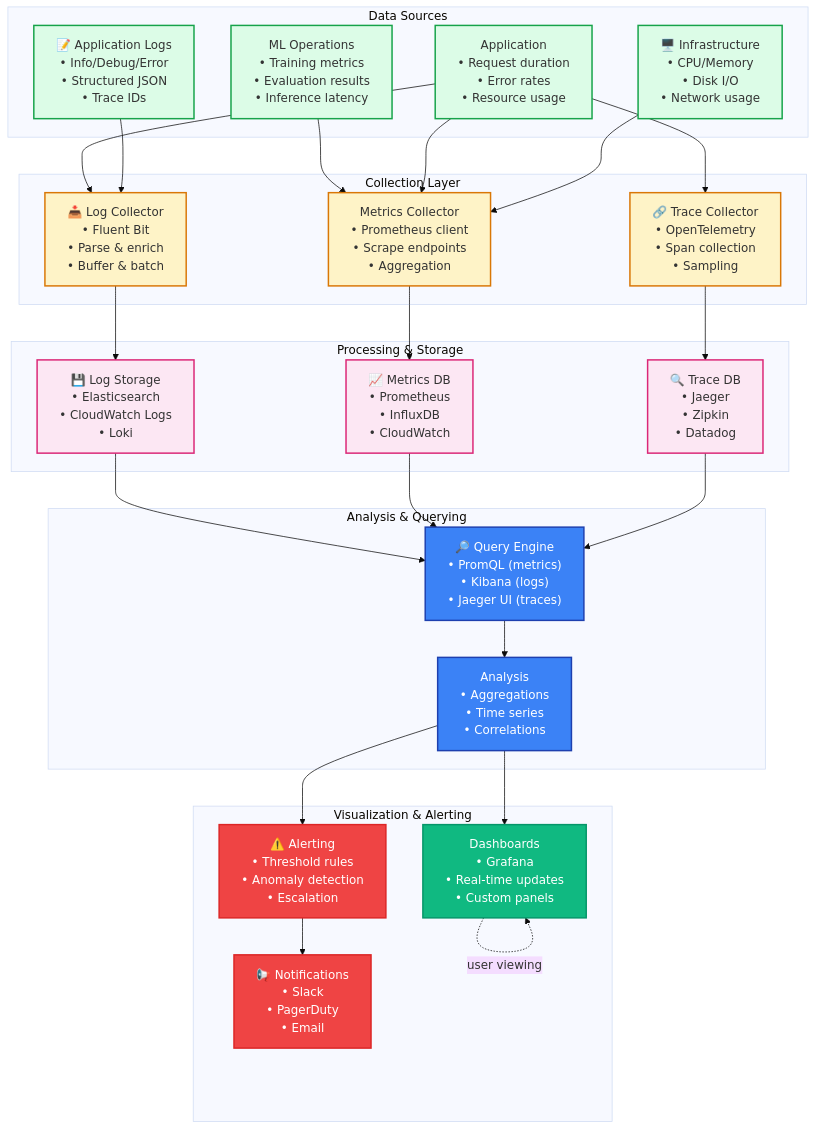
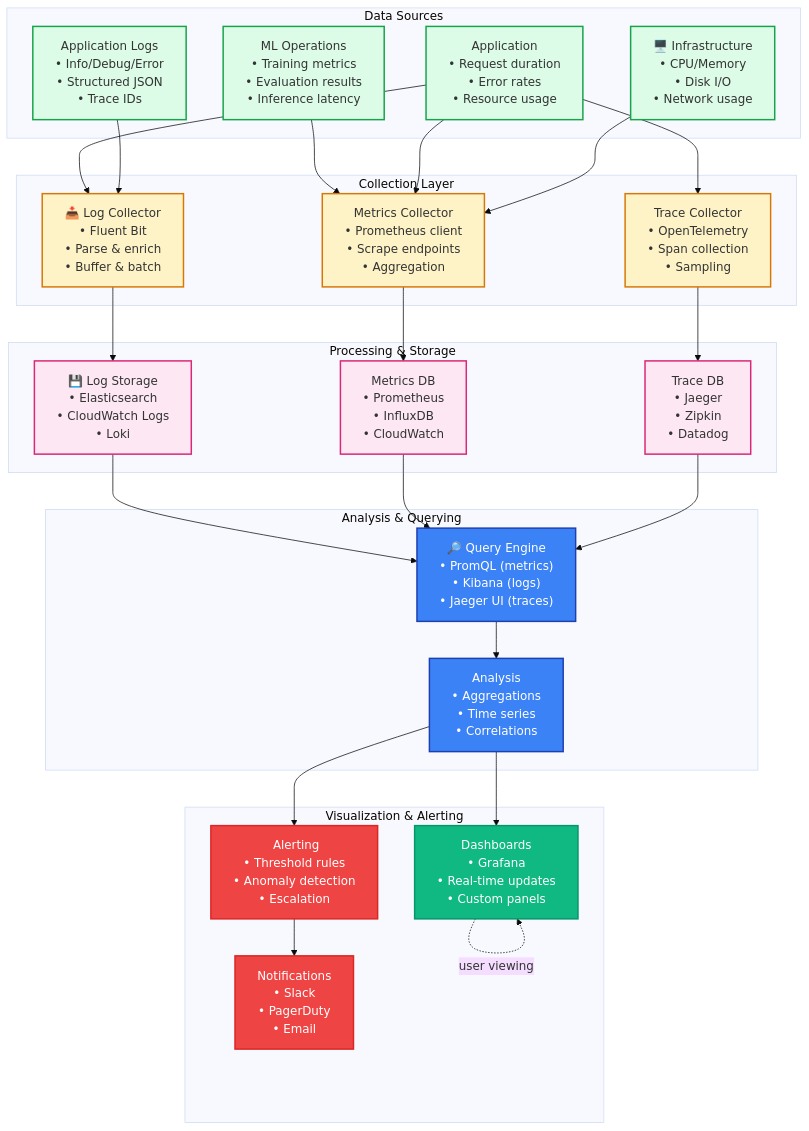
One commit to Aries-Serpent/_codex_ changed the diagram in docs/monitoring/MONITORING_ARCHITECTURE.md. Above: the diagram before and after it, drawn with Mermaid. The commit also changed other lines of this file and 1989 other files, not shown here.

````diff
--- a/docs/monitoring/MONITORING_ARCHITECTURE.md
+++ b/docs/monitoring/MONITORING_ARCHITECTURE.md
@@ -13,78 +13,78 @@
 ```mermaid
 %%{init: {'accessibility': {'title': 'Monitoring Architecture<br/>Metrics Logs Traces Alerts'}, 'theme': 'base'}}%%
 graph TB
     subgraph "Data Sources"
         ML[" ML Operations<br/>• Training metrics<br/>• Evaluation results<br/>• Inference latency"]
         App[" Application<br/>• Request duration<br/>• Error rates<br/>• Resource usage"]
         Infra["🖥️ Infrastructure<br/>• CPU/Memory<br/>• Disk I/O<br/>• Network usage"]
-        Logs["📝 Application Logs<br/>• Info/Debug/Error<br/>• Structured JSON<br/>• Trace IDs"]
+        Logs[" Application Logs<br/>• Info/Debug/Error<br/>• Structured JSON<br/>• Trace IDs"]
     end
 
     subgraph "Collection Layer"
         LogCollector["📥 Log Collector<br/>• Fluent Bit<br/>• Parse & enrich<br/>• Buffer & batch"]
         MetricsCollector[" Metrics Collector<br/>• Prometheus client<br/>• Scrape endpoints<br/>• Aggregation"]
-        TraceCollector["🔗 Trace Collector<br/>• OpenTelemetry<br/>• Span collection<br/>• Sampling"]
+        TraceCollector[" Trace Collector<br/>• OpenTelemetry<br/>• Span collection<br/>• Sampling"]
     end
 
     subgraph "Processing & Storage"
         LogStorage["💾 Log Storage<br/>• Elasticsearch<br/>• CloudWatch Logs<br/>• Loki"]
-        MetricsDB["📈 Metrics DB<br/>• Prometheus<br/>• InfluxDB<br/>• CloudWatch"]
-        TraceDB["🔍 Trace DB<br/>• Jaeger<br/>• Zipkin<br/>• Datadog"]
+        MetricsDB[" Metrics DB<br/>• Prometheus<br/>• InfluxDB<br/>• CloudWatch"]
+        TraceDB[" Trace DB<br/>• Jaeger<br/>• Zipkin<br/>• Datadog"]
     end
 
     subgraph "Analysis & Querying"
         Query["🔎 Query Engine<br/>• PromQL (metrics)<br/>• Kibana (logs)<br/>• Jaeger UI (traces)"]
         Analysis[" Analysis<br/>• Aggregations<br/>• Time series<br/>• Correlations"]
     end
 
     subgraph "Visualization & Alerting"
         Dashboard[" Dashboards<br/>• Grafana<br/>• Real-time updates<br/>• Custom panels"]
-        Alert["⚠️ Alerting<br/>• Threshold rules<br/>• Anomaly detection<br/>• Escalation"]
-        Notify["📢 Notifications<br/>• Slack<br/>• PagerDuty<br/>• Email"]
+        Alert["️ Alerting<br/>• Threshold rules<br/>• Anomaly detection<br/>• Escalation"]
+        Notify[" Notifications<br/>• Slack<br/>• PagerDuty<br/>• Email"]
     end
 
     %% Data flow
     ML --> MetricsCollector
     App --> MetricsCollector
     App --> LogCollector
     Logs --> LogCollector
     Infra --> MetricsCollector
 
     App --> TraceCollector
     
     LogCollector --> LogStorage
     MetricsCollector --> MetricsDB
     TraceCollector --> TraceDB
 
     LogStorage --> Query
     MetricsDB --> Query
     TraceDB --> Query
 
     Query --> Analysis
     Analysis --> Dashboard
     Analysis --> Alert
 
     Alert --> Notify
     Dashboard -.user viewing.-> Dashboard
 
     %% Styling
     style ML fill:#dcfce7,stroke:#16a34a,stroke-width:2px
     style App fill:#dcfce7,stroke:#16a34a,stroke-width:2px
     style Infra fill:#dcfce7,stroke:#16a34a,stroke-width:2px
     style Logs fill:#dcfce7,stroke:#16a34a,stroke-width:2px
 
     style LogCollector fill:#fef3c7,stroke:#d97706,stroke-width:2px
     style MetricsCollector fill:#fef3c7,stroke:#d97706,stroke-width:2px
     style TraceCollector fill:#fef3c7,stroke:#d97706,stroke-width:2px
 
     style LogStorage fill:#fce7f3,stroke:#db2777,stroke-width:2px
     style MetricsDB fill:#fce7f3,stroke:#db2777,stroke-width:2px
     style TraceDB fill:#fce7f3,stroke:#db2777,stroke-width:2px
 
     style Query fill:#3b82f6,stroke:#1e40af,stroke-width:2px,color:#fff
     style Analysis fill:#3b82f6,stroke:#1e40af,stroke-width:2px,color:#fff
 
     style Dashboard fill:#10b981,stroke:#059669,stroke-width:2px,color:#fff
     style Alert fill:#ef4444,stroke:#dc2626,stroke-width:2px,color:#fff
     style Notify fill:#ef4444,stroke:#dc2626,stroke-width:2px,color:#fff
 ```
````
